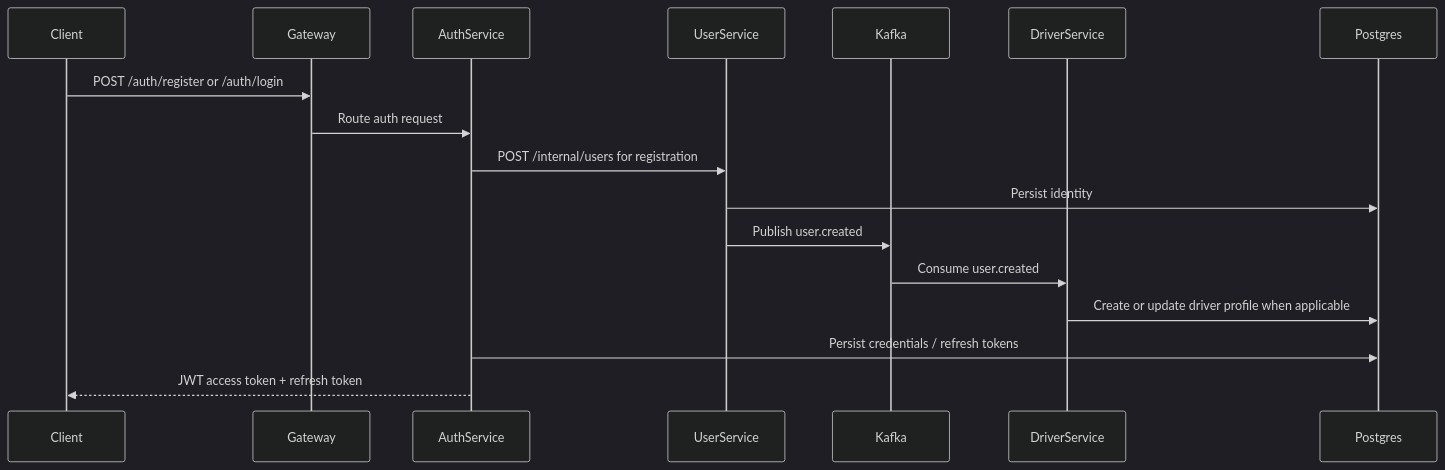
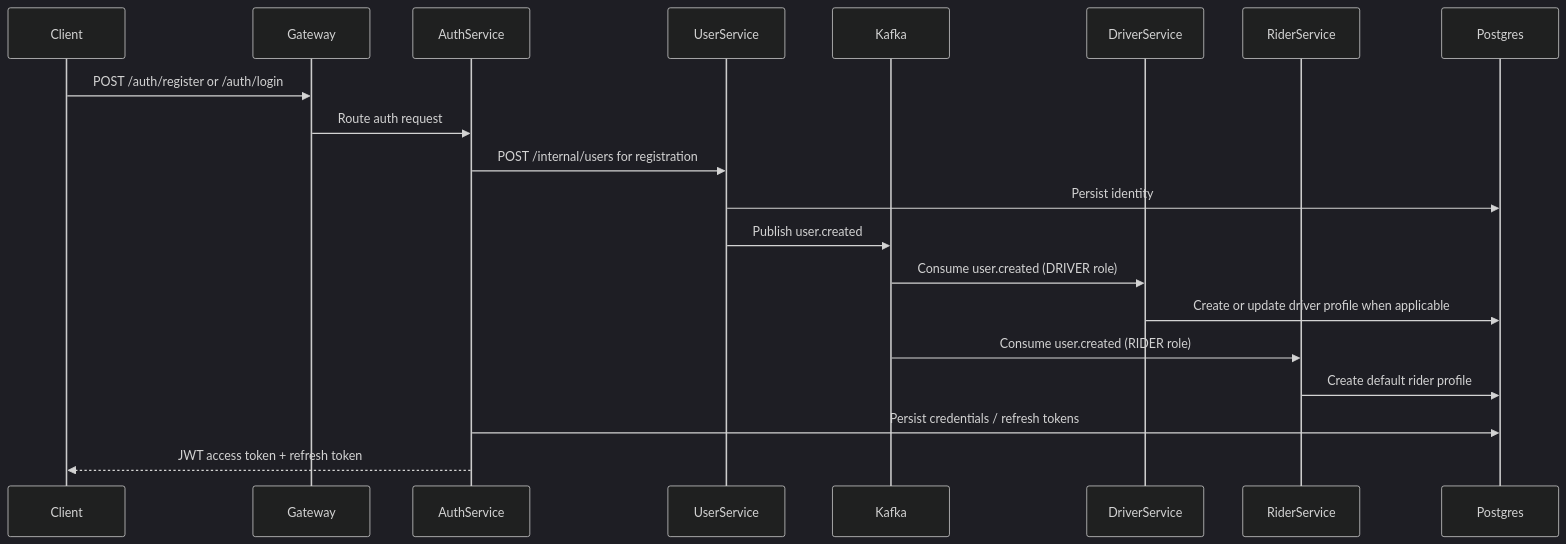
Before and after one commit to abhishek776655/Cabby-Mobility: the third of 6 diagrams in docs/HLD/SmartMobility.md, drawn with Mermaid (dark theme). The commit also changed other lines of this file and 198 other files, not shown here.

````diff
--- a/docs/HLD/SmartMobility.md
+++ b/docs/HLD/SmartMobility.md
@@ -222,20 +227,23 @@
 ```mermaid
 sequenceDiagram
     participant Client
     participant Gateway
     participant AuthService
     participant UserService
     participant Kafka
     participant DriverService
+    participant RiderService
     participant Postgres
 
     Client->>Gateway: POST /auth/register or /auth/login
     Gateway->>AuthService: Route auth request
     AuthService->>UserService: POST /internal/users for registration
     UserService->>Postgres: Persist identity
     UserService->>Kafka: Publish user.created
-    Kafka->>DriverService: Consume user.created
+    Kafka->>DriverService: Consume user.created (DRIVER role)
     DriverService->>Postgres: Create or update driver profile when applicable
+    Kafka->>RiderService: Consume user.created (RIDER role)
+    RiderService->>Postgres: Create default rider profile
     AuthService->>Postgres: Persist credentials / refresh tokens
     AuthService-->>Client: JWT access token + refresh token
 ```
````
